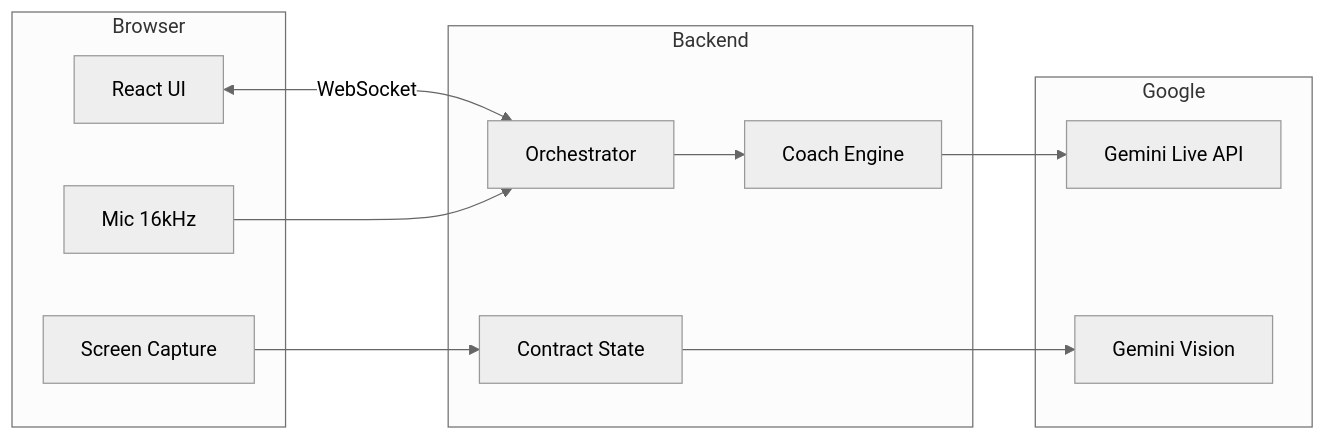
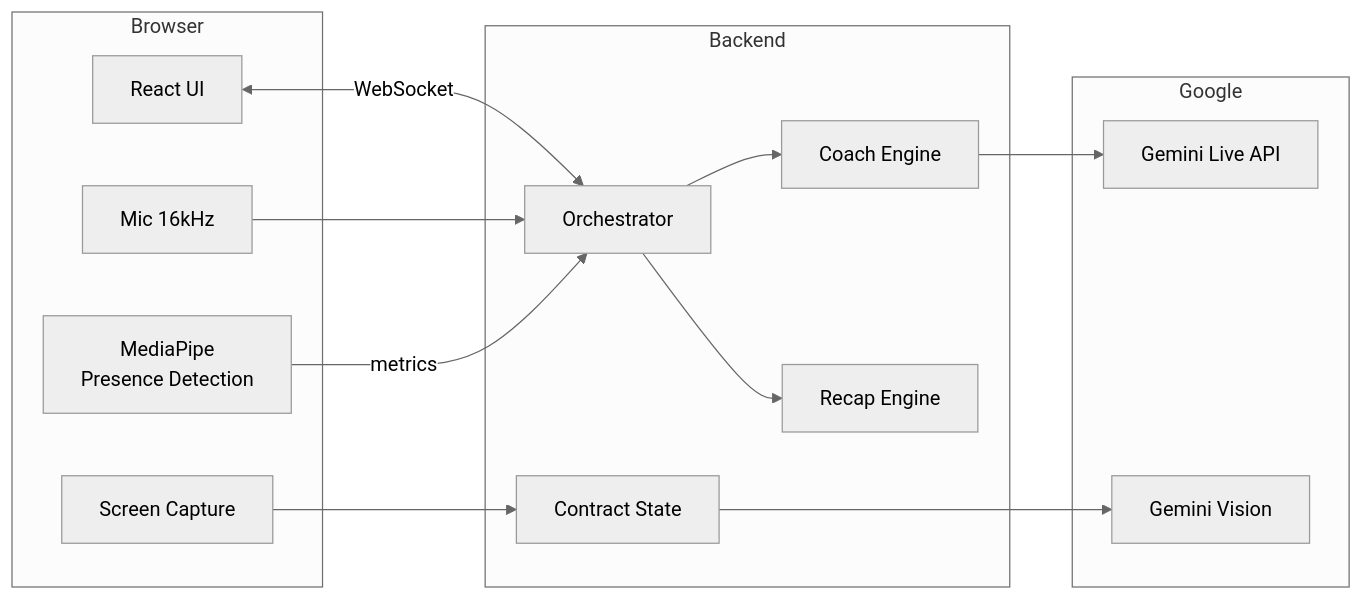
The first of 2 diagrams in README.md (mmoussaif/devpost-google), drawn with Mermaid (neutral theme) before and after one commit. The commit also changed other lines of this file and 9 other files, not shown here.

First line of the commit message:
Add MediaPipe presence detection for real-time visual analysis

````diff
--- a/README.md
+++ b/README.md
@@ -45,26 +49,30 @@
 ```mermaid
 flowchart LR
     subgraph Browser
         React[React UI]
         Audio[Mic 16kHz]
         Screen[Screen Capture]
+        MediaPipe[MediaPipe<br/>Presence Detection]
     end
     
     subgraph Backend
         Orch[Orchestrator]
         Coach[Coach Engine]
         Contract[Contract State]
+        Recap[Recap Engine]
     end
     
     subgraph Google
         Live[Gemini Live API]
         Vision[Gemini Vision]
     end
     
     React <-->|WebSocket| Orch
     Audio --> Orch
     Screen --> Contract
+    MediaPipe -->|metrics| Orch
     Orch --> Coach
     Coach --> Live
     Contract --> Vision
+    Orch --> Recap
 ```
````
